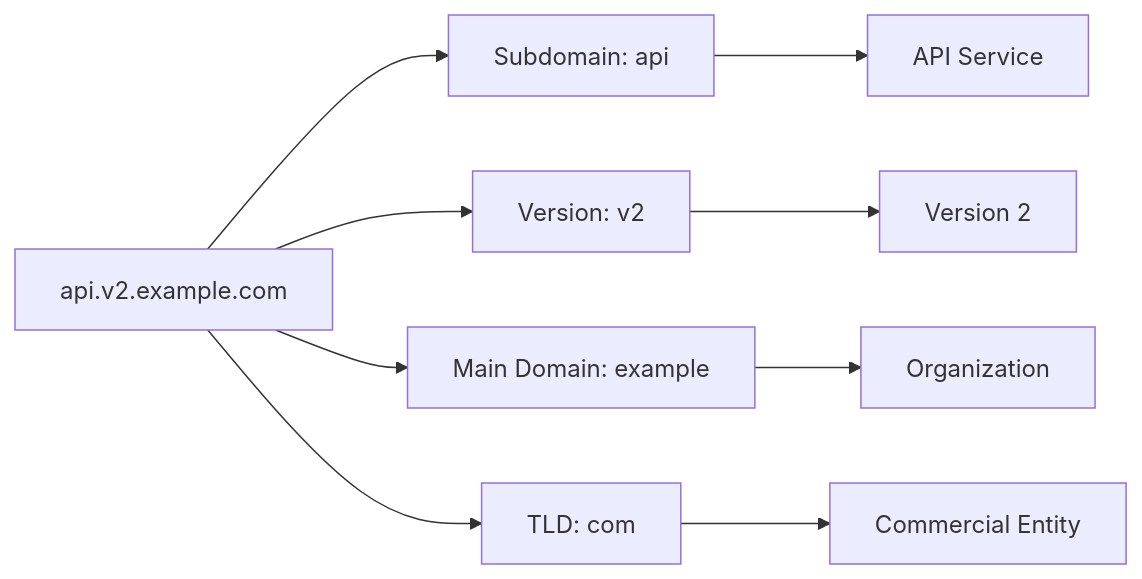
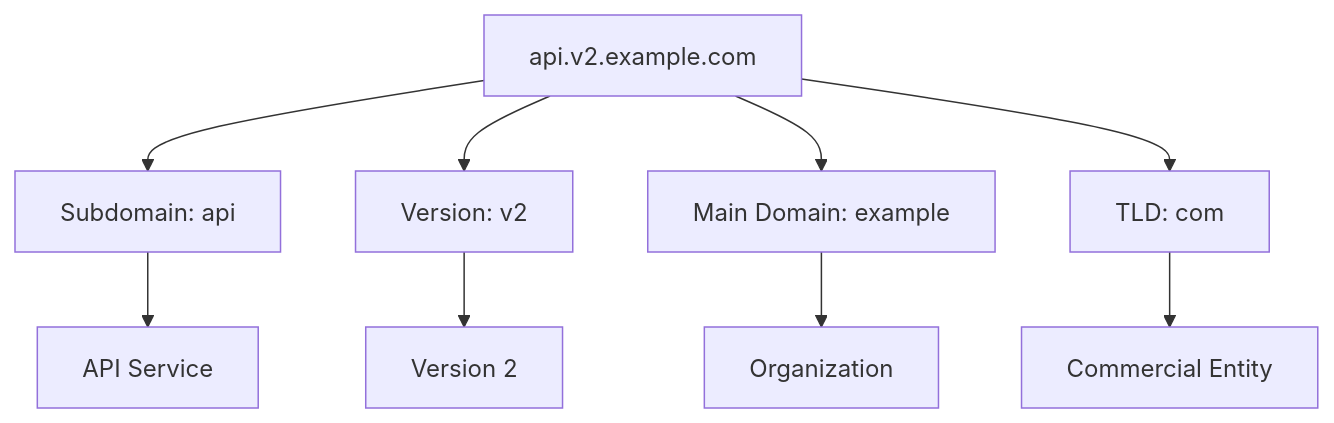
One commit to bytetunnels/bytetunnels.github.com changed the second of 3 diagrams in _posts/2025-04-29-breaking-down-urls-what-each-part-means-for-scrapers.md. Above: the diagram before and after it, drawn with Mermaid. The commit also changed 25 other files, not shown here.

Commit message:
chore: fixed mermaid charts

````diff
--- a/_posts/2025-04-29-breaking-down-urls-what-each-part-means-for-scrapers.md
+++ b/_posts/2025-04-29-breaking-down-urls-what-each-part-means-for-scrapers.md
@@ -62,12 +62,14 @@
 ```mermaid
-graph LR
-    A[api.v2.example.com] --> B[Subdomain: api]
+graph TD
+    A[api.v2.example.com]
+
+    A --> B[Subdomain: api]
     A --> C[Version: v2]
     A --> D[Main Domain: example]
     A --> E[TLD: com]
-    
+
     B --> B1[API Service]
     C --> C1[Version 2]
     D --> D1[Organization]
     E --> E1[Commercial Entity]
 ```
````
